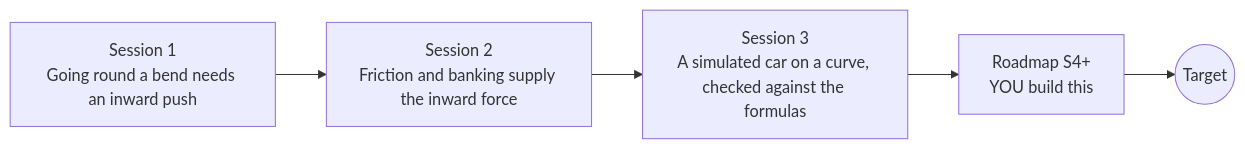
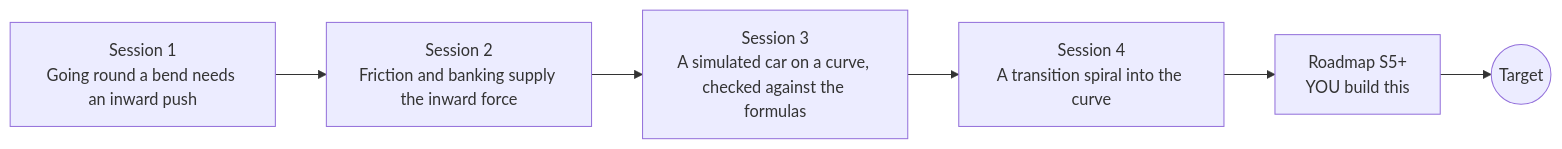
Before and after one commit to KrunalPanchal1995/opencentripetal: the diagram in README.md, drawn with Mermaid. The commit also changed other lines of this file and 20 other files, not shown here.

First line of the commit message:
Session 4: a transition spiral into the curve (hub #117)

````diff
--- a/README.md
+++ b/README.md
@@ -89,9 +90,10 @@
 ```mermaid
 flowchart LR
   S1[Session 1<br/>Going round a bend needs an inward push]
   S2[Session 2<br/>Friction and banking supply the inward force]
   S3[Session 3<br/>A simulated car on a curve, checked against the formulas]
-  R[Roadmap S4+<br/>YOU build this]
+  S4[Session 4<br/>A transition spiral into the curve]
+  R[Roadmap S5+<br/>YOU build this]
   T((Target))
-  S1 --> S2 --> S3 --> R --> T
+  S1 --> S2 --> S3 --> S4 --> R --> T
 ```
````
